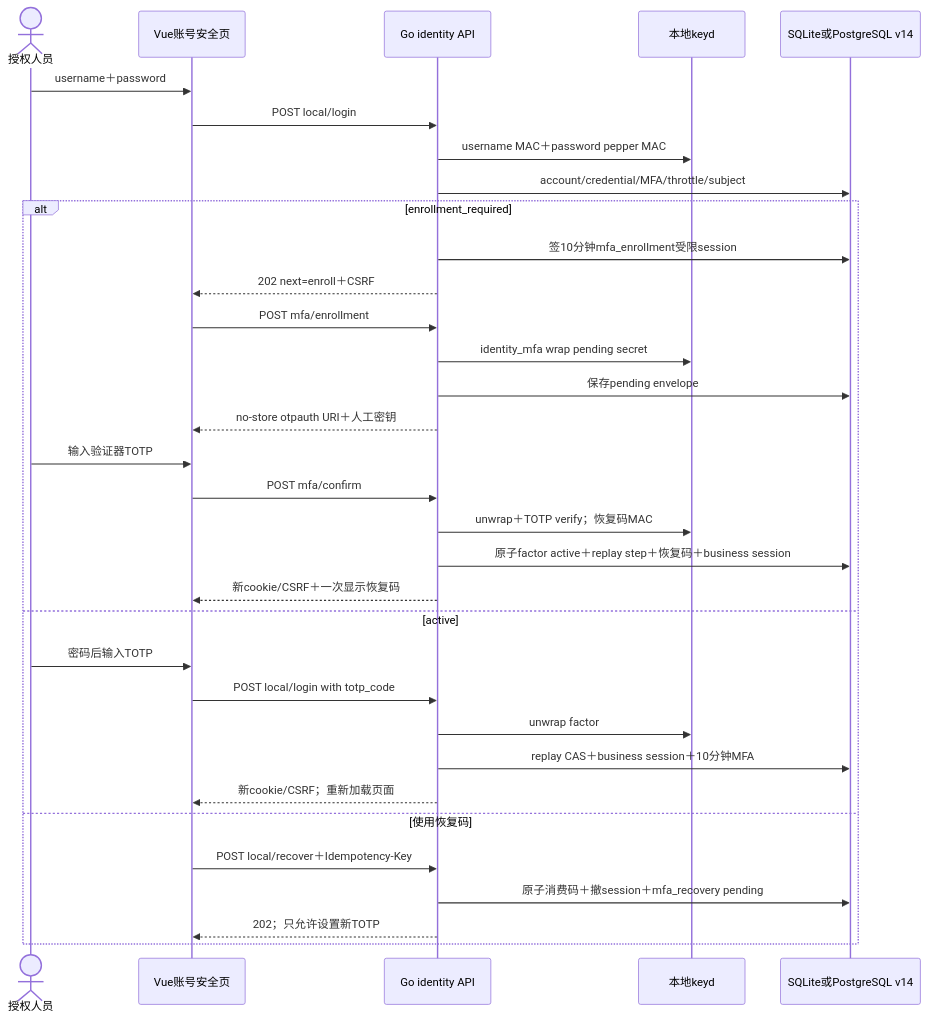
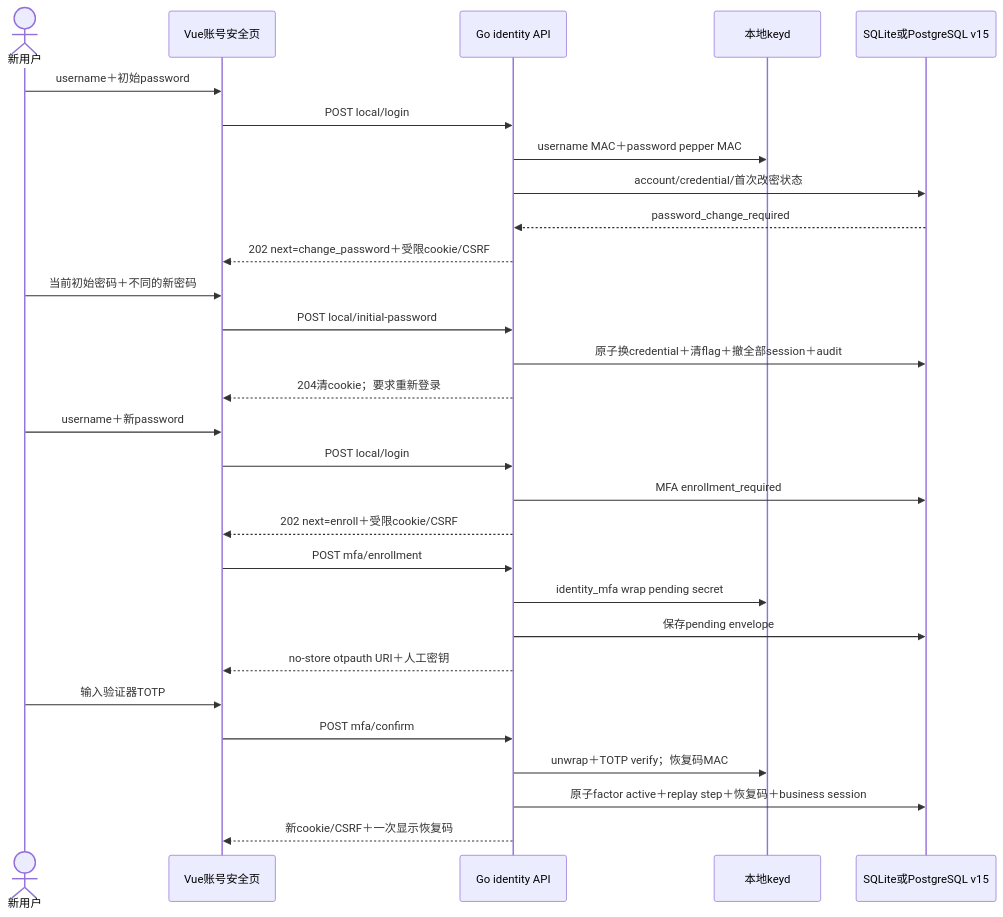
One commit to r404r/team-ledger-pub changed diagram 11 of 14 in docs/TECHNICAL_SPEC.md. Above: the diagram before and after it, drawn with Mermaid. The commit also changed other lines of this file and 16 other files, not shown here.

````diff
--- a/docs/TECHNICAL_SPEC.md
+++ b/docs/TECHNICAL_SPEC.md
@@ -1030,35 +1033,31 @@
 ```mermaid
 sequenceDiagram
-    actor human as 授权人员
+    actor human as 新用户
     participant vue as Vue账号安全页
     participant api as Go identity API
     participant keyd as 本地keyd
-    participant db as SQLite或PostgreSQL v14
-    human->>vue: username＋password
+    participant db as SQLite或PostgreSQL v15
+    human->>vue: username＋初始password
     vue->>api: POST local/login
     api->>keyd: username MAC＋password pepper MAC
-    api->>db: account/credential/MFA/throttle/subject
-    alt enrollment_required
-        api->>db: 签10分钟mfa_enrollment受限session
-        api-->>vue: 202 next=enroll＋CSRF
-        vue->>api: POST mfa/enrollment
-        api->>keyd: identity_mfa wrap pending secret
-        api->>db: 保存pending envelope
-        api-->>vue: no-store otpauth URI＋人工密钥
-        human->>vue: 输入验证器TOTP
-        vue->>api: POST mfa/confirm
-        api->>keyd: unwrap＋TOTP verify；恢复码MAC
-        api->>db: 原子factor active＋replay step＋恢复码＋business session
-        api-->>vue: 新cookie/CSRF＋一次显示恢复码
-    else active
-        human->>vue: 密码后输入TOTP
-        vue->>api: POST local/login with totp_code
-        api->>keyd: unwrap factor
-        api->>db: replay CAS＋business session＋10分钟MFA
-        api-->>vue: 新cookie/CSRF；重新加载页面
-    else 使用恢复码
-        vue->>api: POST local/recover＋Idempotency-Key
-        api->>db: 原子消费码＋撤session＋mfa_recovery pending
-        api-->>vue: 202；只允许设置新TOTP
-    end
+    api->>db: account/credential/首次改密状态
+    db-->>api: password_change_required
+    api-->>vue: 202 next=change_password＋受限cookie/CSRF
+    human->>vue: 当前初始密码＋不同的新密码
+    vue->>api: POST local/initial-password
+    api->>db: 原子换credential＋清flag＋撤全部session＋audit
+    api-->>vue: 204清cookie；要求重新登录
+    human->>vue: username＋新password
+    vue->>api: POST local/login
+    api->>db: MFA enrollment_required
+    api-->>vue: 202 next=enroll＋受限cookie/CSRF
+    vue->>api: POST mfa/enrollment
+    api->>keyd: identity_mfa wrap pending secret
+    api->>db: 保存pending envelope
+    api-->>vue: no-store otpauth URI＋人工密钥
+    human->>vue: 输入验证器TOTP
+    vue->>api: POST mfa/confirm
+    api->>keyd: unwrap＋TOTP verify；恢复码MAC
+    api->>db: 原子factor active＋replay step＋恢复码＋business session
+    api-->>vue: 新cookie/CSRF＋一次显示恢复码
 ```
````
